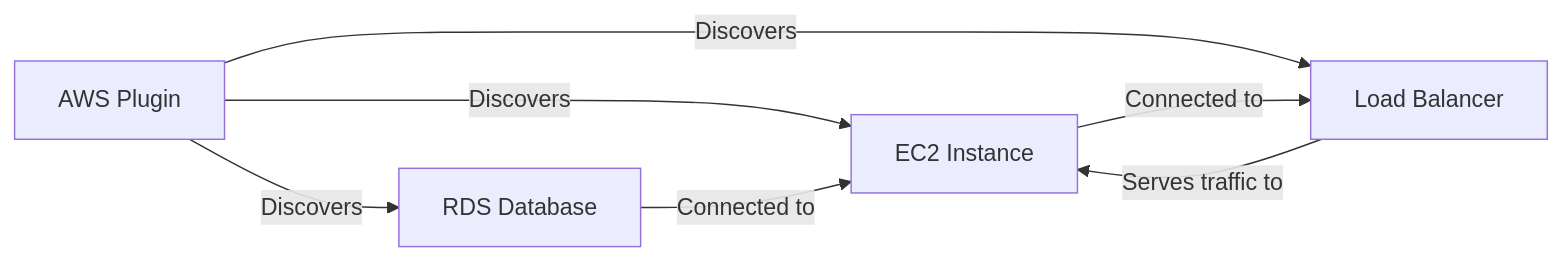
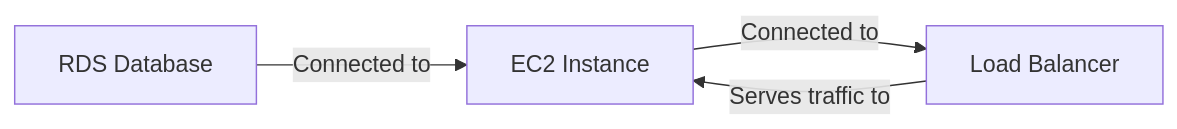
The diagram in docs/concepts/plugins.mdx (aptible/unpage), drawn with Mermaid before and after one commit.

Commit message:
Fix KG knowledge graph diagram

````diff
--- a/docs/concepts/plugins.mdx
+++ b/docs/concepts/plugins.mdx
@@ -85,9 +85,9 @@
 ```mermaid
 graph LR
-    A[AWS Plugin] -->|Discovers| B[EC2 Instance]
-    A -->|Discovers| C[RDS Database]
-    A -->|Discovers| D[Load Balancer]
+    B[EC2 Instance]
+    C[RDS Database]
+    D[Load Balancer]
     B -->|Connected to| D
     C -->|Connected to| B
     D -->|Serves traffic to| B
 ```
````
